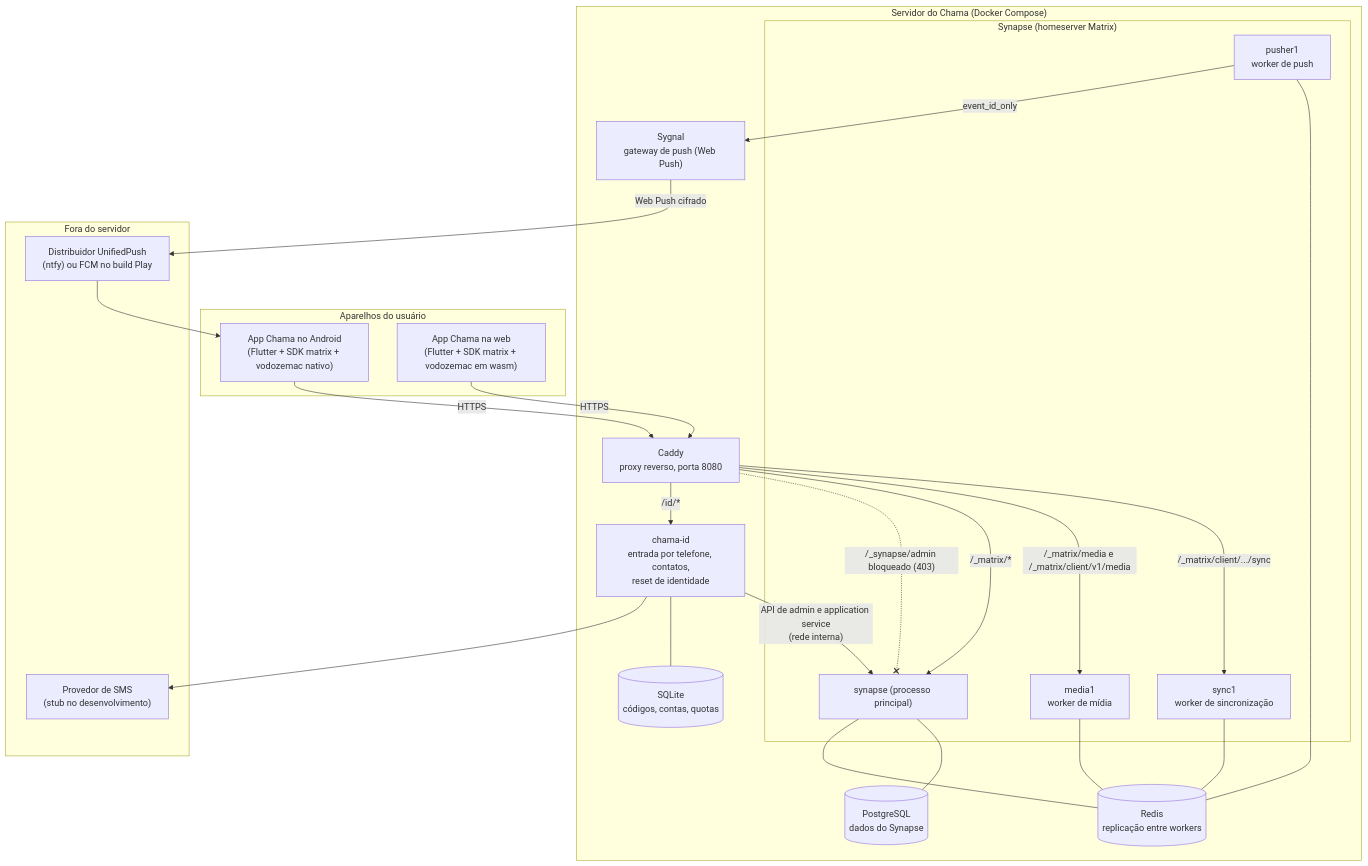
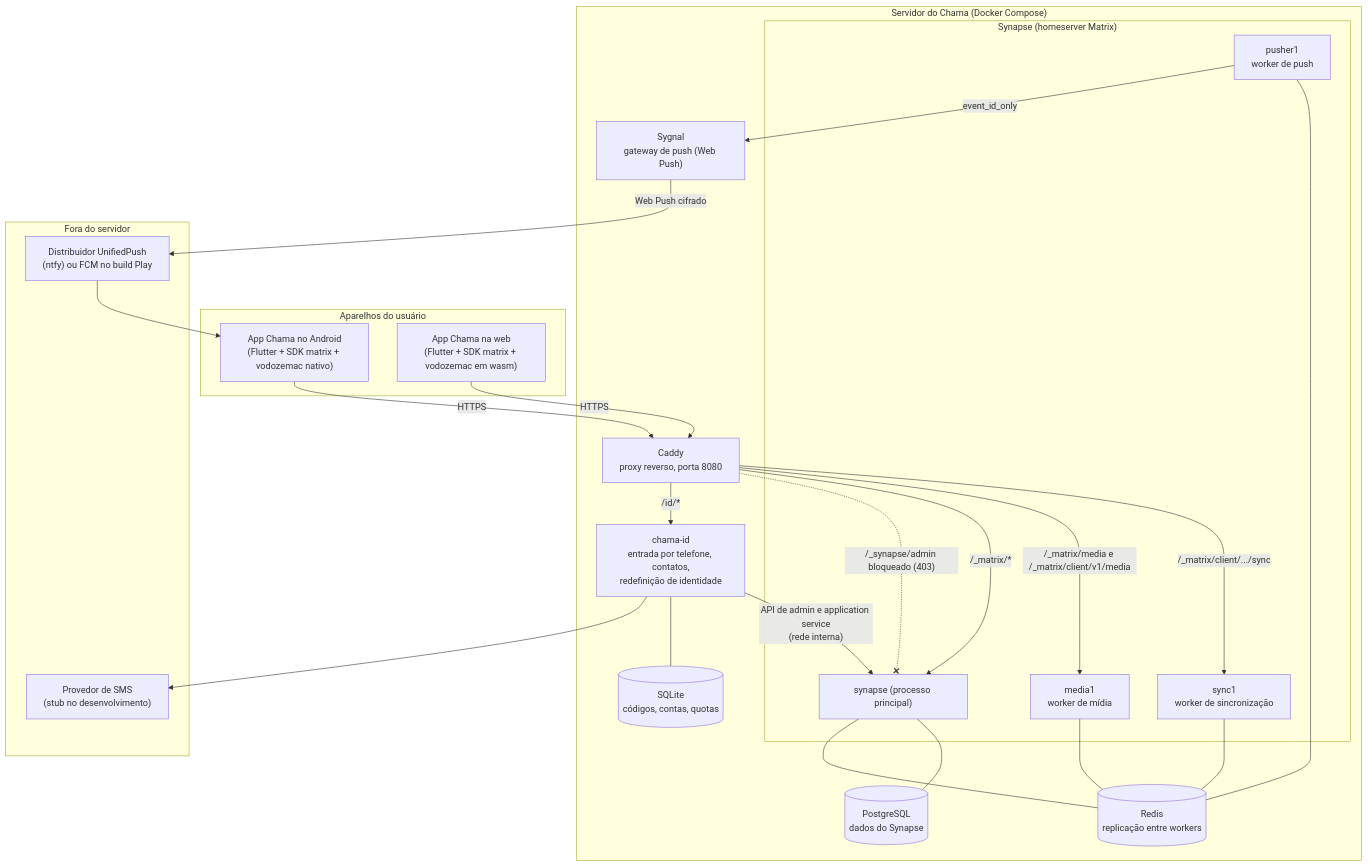
The first of 8 diagrams in docs/design/2026-10-24-architecture.md (kaiomp/alo), drawn with Mermaid before and after one commit. The commit also changed other lines of this file and 8 other files, not shown here.

````diff
--- a/docs/design/2026-10-24-architecture.md
+++ b/docs/design/2026-10-24-architecture.md
@@ -91,46 +91,46 @@
 ```mermaid
 flowchart TB
     subgraph clientes["Aparelhos do usuário"]
         android["App Chama no Android<br/>(Flutter + SDK matrix + vodozemac nativo)"]
         web["App Chama na web<br/>(Flutter + SDK matrix + vodozemac em wasm)"]
     end
 
     subgraph servidor["Servidor do Chama (Docker Compose)"]
         caddy["Caddy<br/>proxy reverso, porta 8080"]
         subgraph synapse_grp["Synapse (homeserver Matrix)"]
             main["synapse (processo principal)"]
             sync1["sync1<br/>worker de sincronização"]
             media1["media1<br/>worker de mídia"]
             pusher1["pusher1<br/>worker de push"]
         end
-        chamaid["chama-id<br/>entrada por telefone, contatos,<br/>reset de identidade"]
+        chamaid["chama-id<br/>entrada por telefone, contatos,<br/>redefinição de identidade"]
         pg[("PostgreSQL<br/>dados do Synapse")]
         redis[("Redis<br/>replicação entre workers")]
         sqlite[("SQLite<br/>códigos, contas, quotas")]
         sygnal["Sygnal<br/>gateway de push (Web Push)"]
     end
 
     subgraph push_ext["Fora do servidor"]
         dist["Distribuidor UnifiedPush<br/>(ntfy) ou FCM no build Play"]
         sms["Provedor de SMS<br/>(stub no desenvolvimento)"]
     end
 
     android -- HTTPS --> caddy
     web -- HTTPS --> caddy
     caddy -- "/_matrix/client/.../sync" --> sync1
     caddy -- "/_matrix/media e /_matrix/client/v1/media" --> media1
     caddy -- "/_matrix/*" --> main
     caddy -- "/id/*" --> chamaid
     caddy -. "/_synapse/admin bloqueado (403)" .-x main
     main --- pg
     main --- redis
     sync1 --- redis
     media1 --- redis
     pusher1 --- redis
     chamaid -- "API de admin e application service<br/>(rede interna)" --> main
     chamaid --- sqlite
     chamaid --> sms
     pusher1 -- "event_id_only" --> sygnal
     sygnal -- "Web Push cifrado" --> dist
     dist --> android
 ```
````
